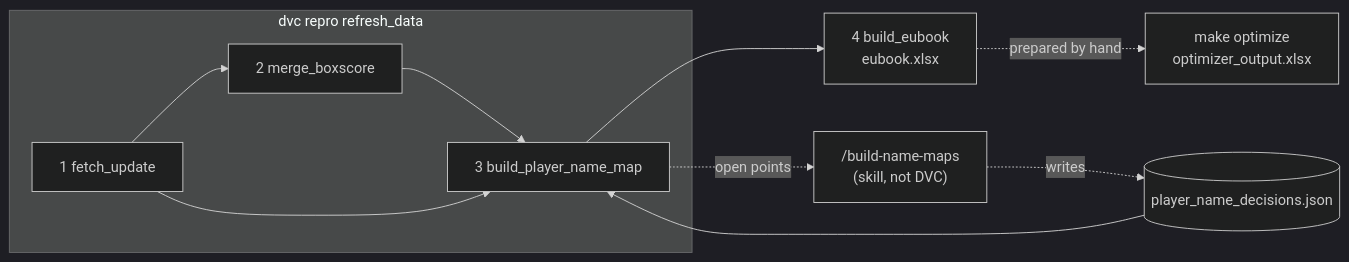
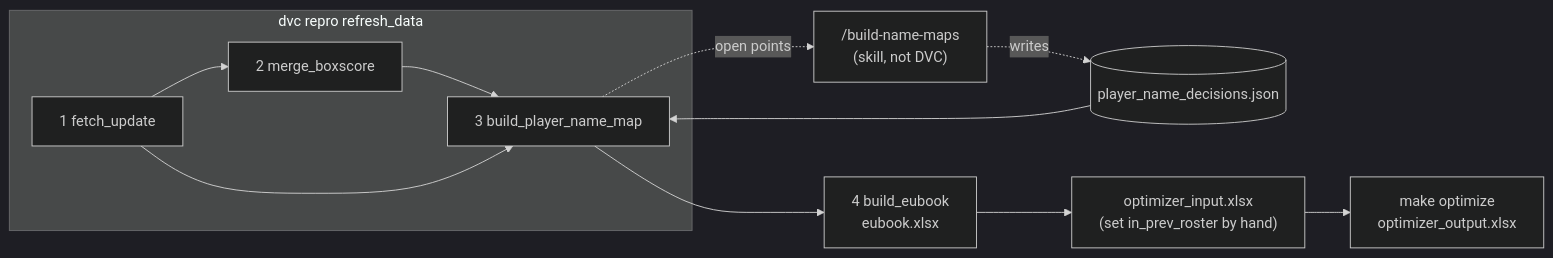
Before and after one commit to Takfes/indie-euroleague: the diagram in README.md, drawn with Mermaid (dark theme). The commit also changed other lines of this file and 15 other files, not shown here.

First line of the commit message:
feat(eubook): write stage_03/optimizer_input.xlsx; add clean-data-stages; document the objective

````diff
--- a/README.md
+++ b/README.md
@@ -46,13 +50,14 @@
 ```mermaid
 flowchart LR
     subgraph refresh_data["dvc repro refresh_data"]
         F["1 fetch_update"] --> M["2 merge_boxscore"]
         M --> N["3 build_player_name_map"]
         F --> N
     end
     N --> W["4 build_eubook<br/>eubook.xlsx"]
     D[("player_name_decisions.json")] --> N
     S["/build-name-maps<br/>(skill, not DVC)"] -.writes.-> D
     N -.open points.-> S
-    W -.prepared by hand.-> O["make optimize<br/>optimizer_output.xlsx"]
+    W --> I["optimizer_input.xlsx<br/>(set in_prev_roster by hand)"]
+    I --> O["make optimize<br/>optimizer_output.xlsx"]
 ```
````
